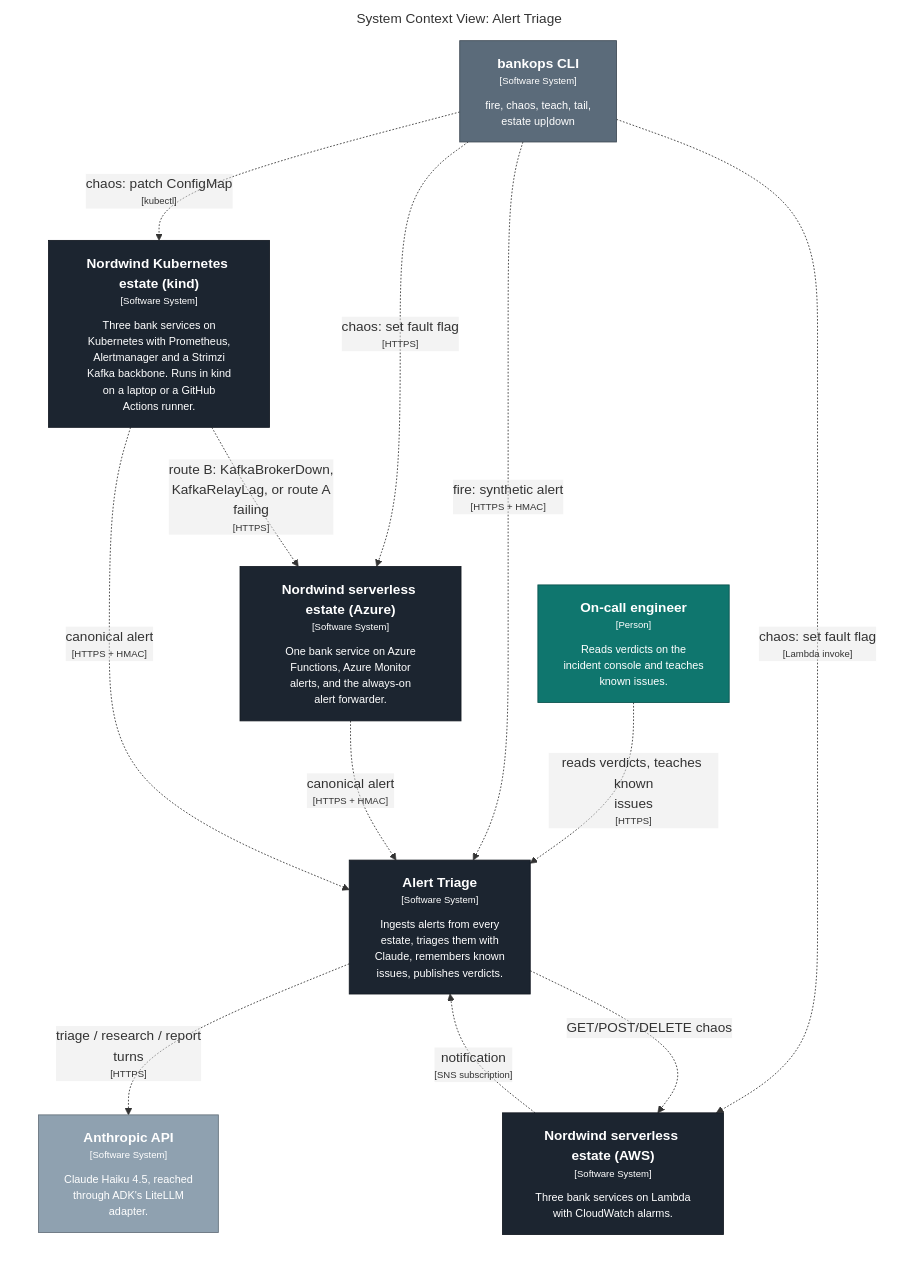
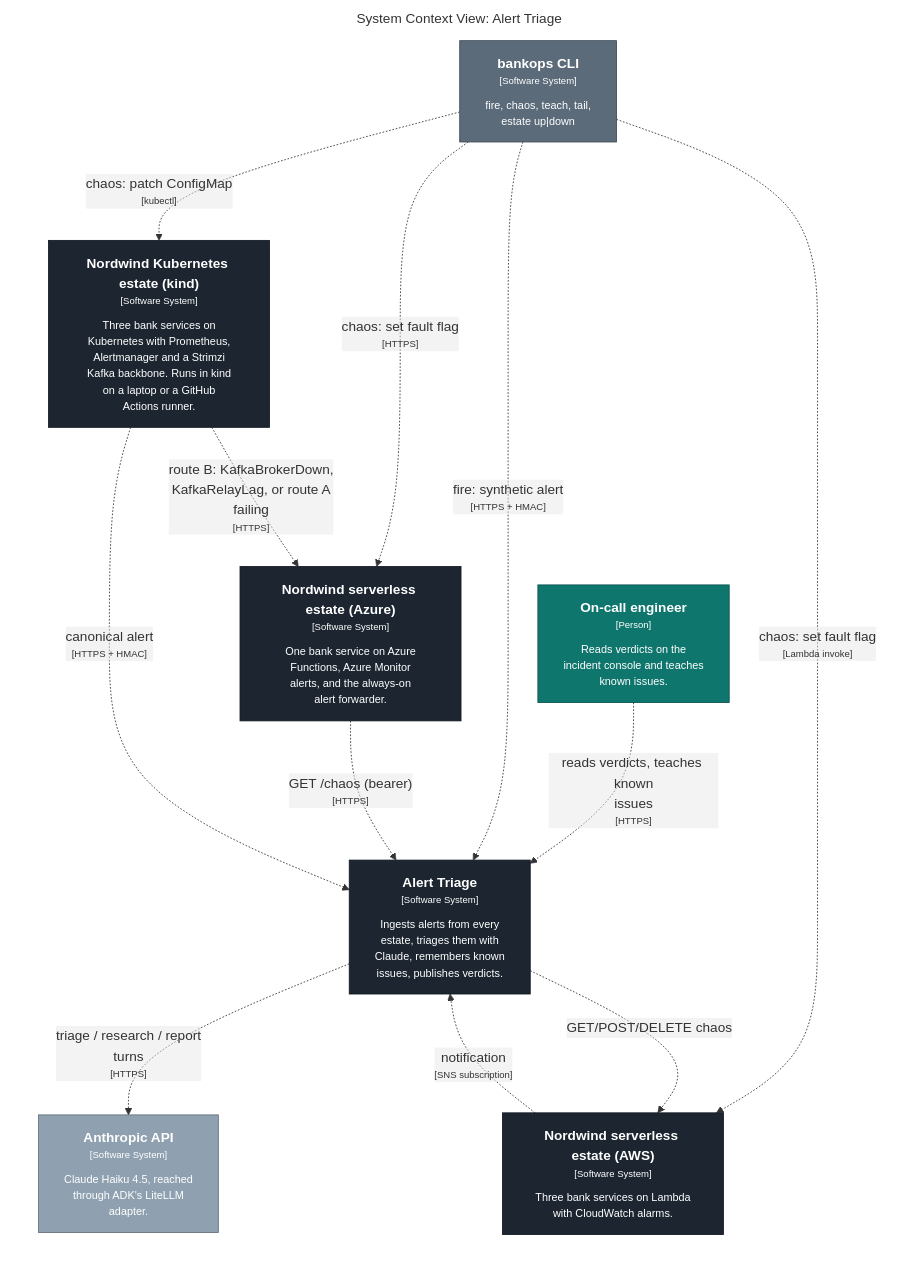
One commit to KucherenkoSerhiy/oncall-triage changed the first of 5 diagrams in docs/c4/generated/README.md. Above: the diagram before and after it, drawn with Mermaid. The commit also changed other lines of this file and 21 other files, not shown here.

First line of the commit message:
feat(infra-azure): M5b Azure estate - Functions (notifications, forwarder) with zip deploy, App Insights + Log Analytics, action group and three alert rules; deploy.yml feeds the two SSM secrets as sensitive vars; notifications-429 chaos probe (#49)

````diff
--- a/docs/c4/generated/README.md
+++ b/docs/c4/generated/README.md
@@ -7,36 +7,36 @@
 ```mermaid
 graph LR
   linkStyle default fill:#ffffff
 
   subgraph diagram ["System Context View: Alert Triage"]
     style diagram fill:#ffffff,stroke:#ffffff
 
     1["<div style='font-weight: bold'>On-call engineer</div><div style='font-size: 70%; margin-top: 0px'>[Person]</div><div style='font-size: 80%; margin-top:10px'>Reads verdicts on the<br />incident console and teaches<br />known issues.</div>"]
     style 1 fill:#0f766e,stroke:#0a524d,color:#ffffff
     20["<div style='font-weight: bold'>Nordwind serverless estate (AWS)</div><div style='font-size: 70%; margin-top: 0px'>[Software System]</div><div style='font-size: 80%; margin-top:10px'>Three bank services on Lambda<br />with CloudWatch alarms.</div>"]
     style 20 fill:#1c2530,stroke:#131921,color:#ffffff
     27["<div style='font-weight: bold'>Nordwind serverless estate (Azure)</div><div style='font-size: 70%; margin-top: 0px'>[Software System]</div><div style='font-size: 80%; margin-top:10px'>One bank service on Azure<br />Functions, Azure Monitor<br />alerts, and the always-on<br />alert forwarder.</div>"]
     style 27 fill:#1c2530,stroke:#131921,color:#ffffff
     3["<div style='font-weight: bold'>Anthropic API</div><div style='font-size: 70%; margin-top: 0px'>[Software System]</div><div style='font-size: 80%; margin-top:10px'>Claude Haiku 4.5, reached<br />through ADK's LiteLLM<br />adapter.</div>"]
     style 3 fill:#8fa1b0,stroke:#64707b,color:#ffffff
-    31["<div style='font-weight: bold'>Nordwind Kubernetes estate (kind)</div><div style='font-size: 70%; margin-top: 0px'>[Software System]</div><div style='font-size: 80%; margin-top:10px'>Three bank services on<br />Kubernetes with Prometheus,<br />Alertmanager and a Strimzi<br />Kafka backbone. Runs in kind<br />on a laptop or a GitHub<br />Actions runner.</div>"]
-    style 31 fill:#1c2530,stroke:#131921,color:#ffffff
+    32["<div style='font-weight: bold'>Nordwind Kubernetes estate (kind)</div><div style='font-size: 70%; margin-top: 0px'>[Software System]</div><div style='font-size: 80%; margin-top:10px'>Three bank services on<br />Kubernetes with Prometheus,<br />Alertmanager and a Strimzi<br />Kafka backbone. Runs in kind<br />on a laptop or a GitHub<br />Actions runner.</div>"]
+    style 32 fill:#1c2530,stroke:#131921,color:#ffffff
     4["<div style='font-weight: bold'>bankops CLI</div><div style='font-size: 70%; margin-top: 0px'>[Software System]</div><div style='font-size: 80%; margin-top:10px'>fire, chaos, teach, tail,<br />estate up|down</div>"]
     style 4 fill:#5b6b7a,stroke:#3f4a55,color:#ffffff
     5["<div style='font-weight: bold'>Alert Triage</div><div style='font-size: 70%; margin-top: 0px'>[Software System]</div><div style='font-size: 80%; margin-top:10px'>Ingests alerts from every<br />estate, triages them with<br />Claude, remembers known<br />issues, publishes verdicts.</div>"]
     style 5 fill:#1c2530,stroke:#131921,color:#ffffff
 
+    5-. "<div>triage / research / report<br />turns</div><div style='font-size: 70%'>[HTTPS]</div>" .->3
     1-. "<div>reads verdicts, teaches known<br />issues</div><div style='font-size: 70%'>[HTTPS]</div>" .->5
     4-. "<div>fire: synthetic alert</div><div style='font-size: 70%'>[HTTPS + HMAC]</div>" .->5
     4-. "<div>chaos: set fault flag</div><div style='font-size: 70%'>[Lambda invoke]</div>" .->20
     4-. "<div>chaos: set fault flag</div><div style='font-size: 70%'>[HTTPS]</div>" .->27
-    4-. "<div>chaos: patch ConfigMap</div><div style='font-size: 70%'>[kubectl]</div>" .->31
+    4-. "<div>chaos: patch ConfigMap</div><div style='font-size: 70%'>[kubectl]</div>" .->32
     20-. "<div>notification</div><div style='font-size: 70%'>[SNS subscription]</div>" .->5
     5-. "<div>GET/POST/DELETE chaos</div><div style='font-size: 70%'></div>" .->20
-    27-. "<div>canonical alert</div><div style='font-size: 70%'>[HTTPS + HMAC]</div>" .->5
-    31-. "<div>canonical alert</div><div style='font-size: 70%'>[HTTPS + HMAC]</div>" .->5
-    31-. "<div>route B: KafkaBrokerDown,<br />KafkaRelayLag, or route A<br />failing</div><div style='font-size: 70%'>[HTTPS]</div>" .->27
-    5-. "<div>triage / research / report<br />turns</div><div style='font-size: 70%'>[HTTPS]</div>" .->3
+    27-. "<div>GET /chaos (bearer)</div><div style='font-size: 70%'>[HTTPS]</div>" .->5
+    32-. "<div>canonical alert</div><div style='font-size: 70%'>[HTTPS + HMAC]</div>" .->5
+    32-. "<div>route B: KafkaBrokerDown,<br />KafkaRelayLag, or route A<br />failing</div><div style='font-size: 70%'>[HTTPS]</div>" .->27
 
   end
 ```
````
